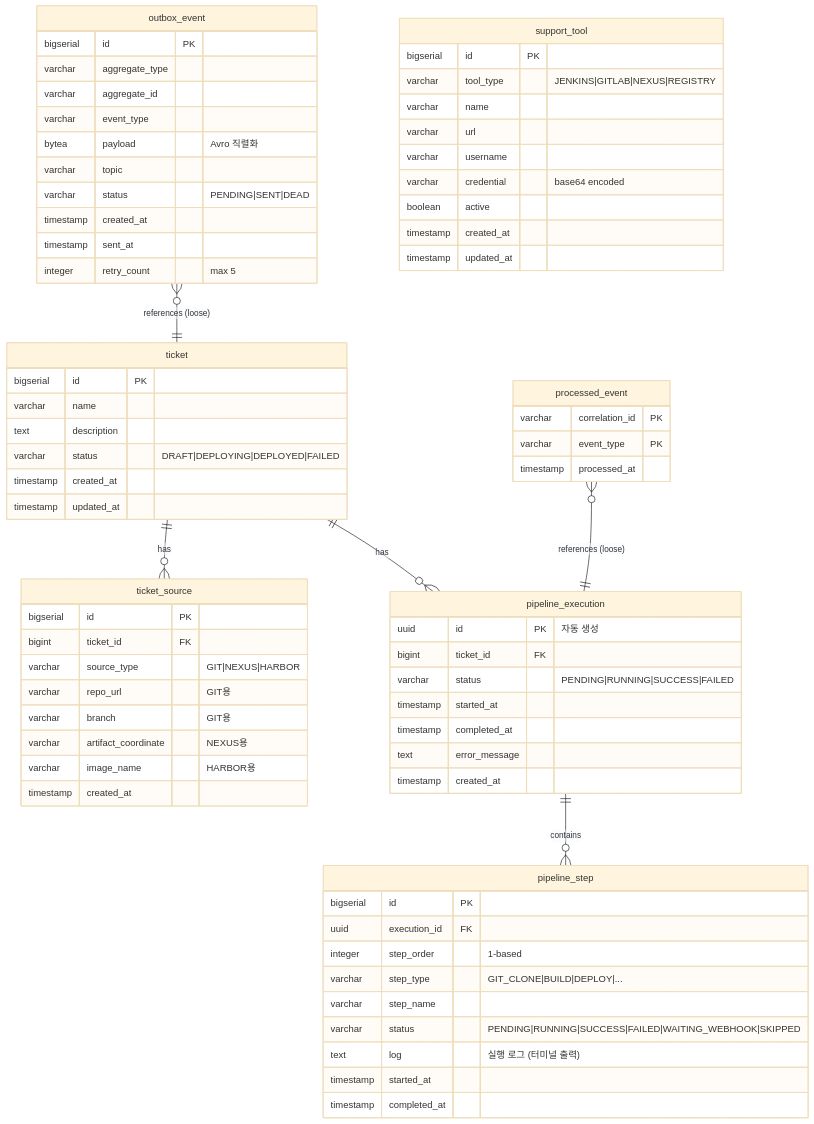
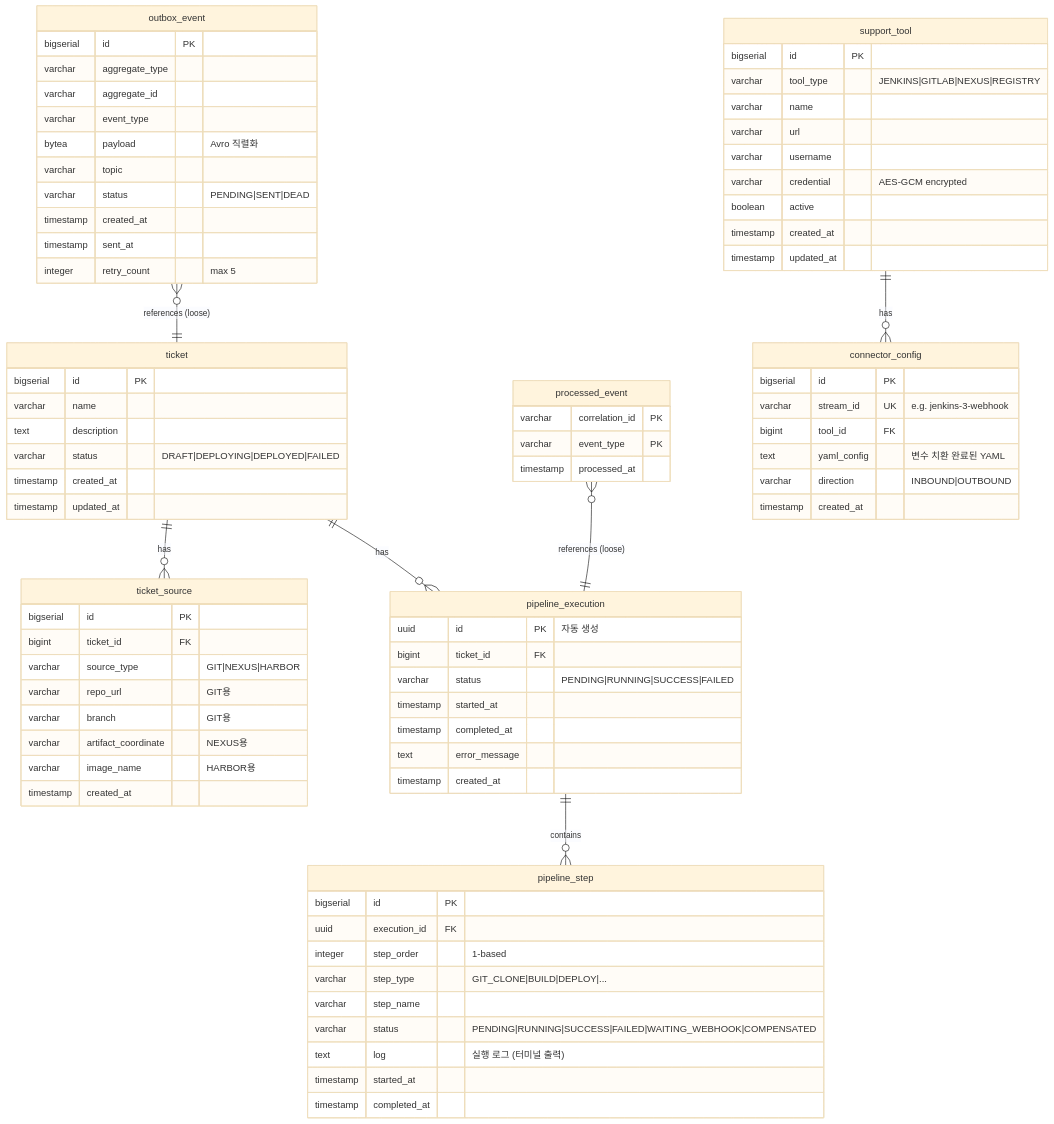
The first of 8 diagrams in docs/guide/backend-deep-dive.md (scofe97/Redpanda-PlayGround), drawn with Mermaid (base theme) before and after one commit. The commit also changed other lines of this file and 24 other files, not shown here.

````diff
--- a/docs/guide/backend-deep-dive.md
+++ b/docs/guide/backend-deep-dive.md
@@ -52,7 +52,7 @@
         integer step_order "1-based"
         varchar step_type "GIT_CLONE|BUILD|DEPLOY|..."
         varchar step_name
-        varchar status "PENDING|RUNNING|SUCCESS|FAILED|WAITING_WEBHOOK|SKIPPED"
+        varchar status "PENDING|RUNNING|SUCCESS|FAILED|WAITING_WEBHOOK|COMPENSATED"
         text log "실행 로그 (터미널 출력)"
         timestamp started_at
         timestamp completed_at
@@ -83,9 +83,20 @@
         varchar name
         varchar url
         varchar username
-        varchar credential "base64 encoded"
+        varchar credential "AES-GCM encrypted"
         boolean active
         timestamp created_at
         timestamp updated_at
     }
+
+    connector_config {
+        bigserial id PK
+        varchar stream_id UK "e.g. jenkins-3-webhook"
+        bigint tool_id FK
+        text yaml_config "변수 치환 완료된 YAML"
+        varchar direction "INBOUND|OUTBOUND"
+        timestamp created_at
+    }
+
+    support_tool ||--o{ connector_config : "has"
 ```
````
